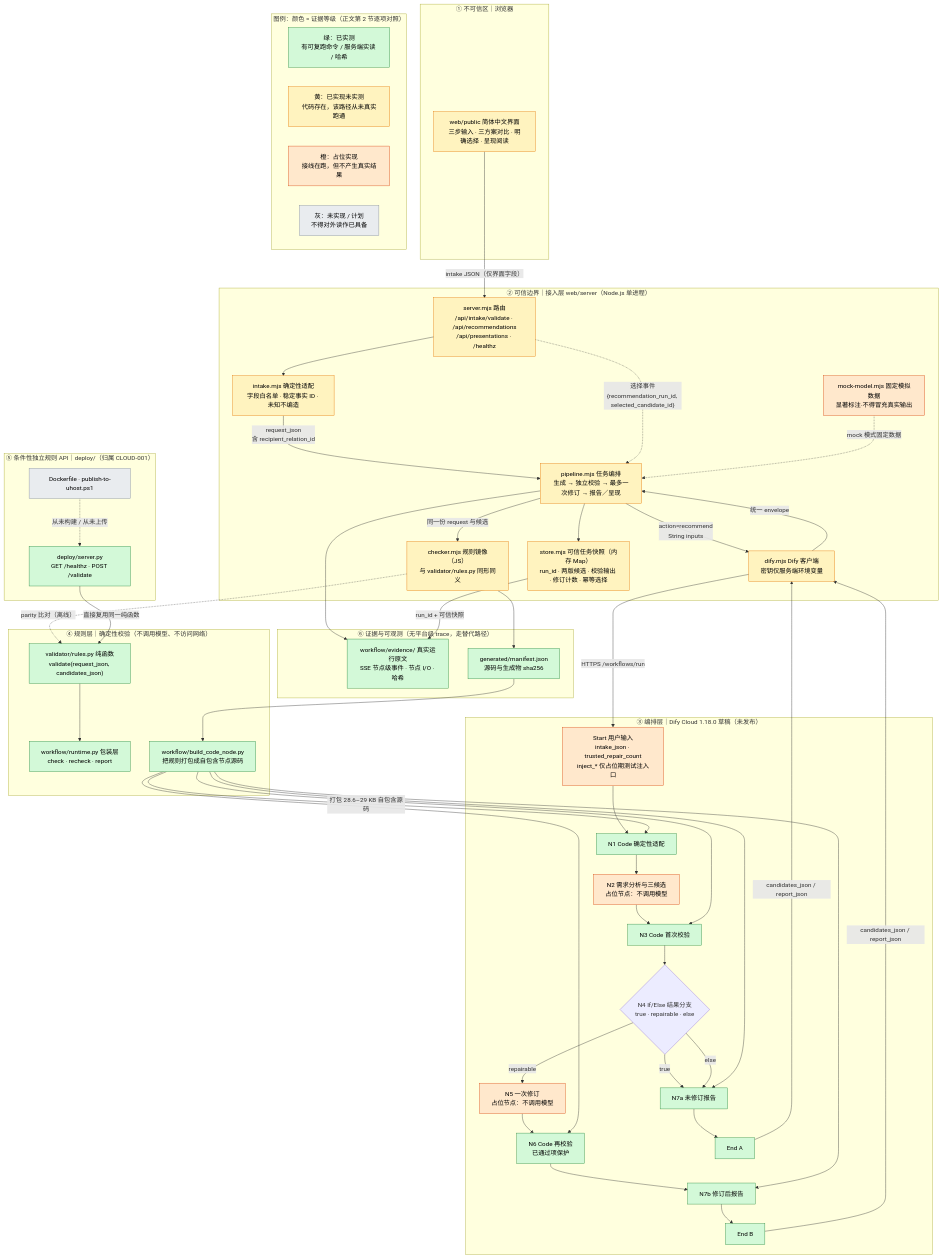
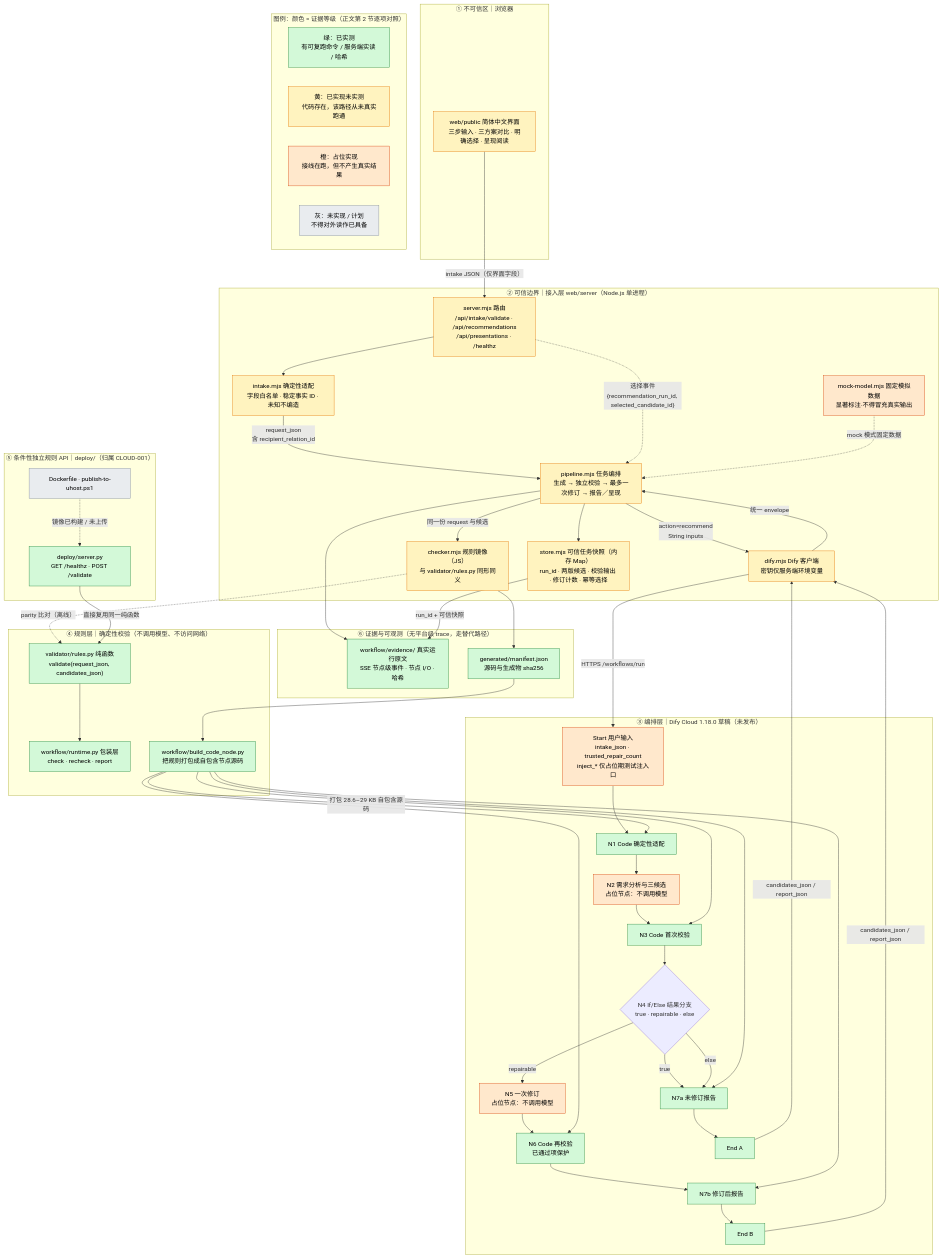
The diagram in docs/architecture/diagrams/system-architecture.mmd (sunnyyang0822-stack/GiftWise-AI), drawn with Mermaid before and after one commit. The commit also changed 30 other files, not shown here.

```diff
--- a/docs/architecture/diagrams/system-architecture.mmd
+++ b/docs/architecture/diagrams/system-architecture.mmd
@@ -1,103 +1,104 @@
 %% GiftWise AI · 主系统架构图（ARCH-001，阶段 3）
 %% 图源文件：单一事实源。docs/architecture.md 内嵌同一份内容供 GitHub 直接渲染。
 %% 本地渲染：mmdc -i system-architecture.mmd -o ../rendered/system-architecture.svg
 %% 图例（颜色即证据等级，正文第 2 节有逐项对照）：
 %%   绿 = 已实测（有可复跑命令 / 服务端实读 / 哈希）
 %%   黄 = 已实现未实测（代码存在，该路径从未真实跑通）
 %%   橙 = 占位实现（接线在跑，但不产生真实结果）
 %%   灰 = 未实现 / 计划
+%%   约定：节点同时含多个证据等级时，取【较弱】等级着色，并在标签/边标签内分别注明。
 flowchart TB
     subgraph Z1["① 不可信区｜浏览器"]
         UI["web/public 简体中文界面<br/>三步输入 · 三方案对比 · 明确选择 · 呈现阅读"]
     end
 
     subgraph Z2["② 可信边界｜接入层 web/server（Node.js 单进程）"]
         ROUTE["server.mjs 路由<br/>/api/intake/validate · /api/recommendations<br/>/api/presentations · /healthz"]
         ADAPTER["intake.mjs 确定性适配<br/>字段白名单 · 稳定事实 ID · 未知不编造"]
         PIPE["pipeline.mjs 任务编排<br/>生成 → 独立校验 → 最多一次修订 → 报告／呈现"]
         STORE["store.mjs 可信任务快照（内存 Map）<br/>run_id · 两版候选 · 校验输出 · 修订计数 · 幂等选择"]
         JCHK["checker.mjs 规则镜像（JS）<br/>与 validator/rules.py 同形同义"]
         DCLIENT["dify.mjs Dify 客户端<br/>密钥仅服务端环境变量"]
         MOCK["mock-model.mjs 固定模拟数据<br/>显著标注·不得冒充真实输出"]
     end
 
     subgraph Z3["③ 编排层｜Dify Cloud 1.18.0 草稿（未发布）"]
         START["Start 用户输入<br/>intake_json · trusted_repair_count<br/>inject_* 仅占位期测试注入口"]
         N1["N1 Code 确定性适配"]
         N2["N2 需求分析与三候选<br/>占位节点：不调用模型"]
         N3["N3 Code 首次校验"]
         N4{"N4 If/Else 结果分支<br/>true · repairable · else"}
         N5["N5 一次修订<br/>占位节点：不调用模型"]
         N6["N6 Code 再校验<br/>已通过项保护"]
         N7A["N7a 未修订报告"]
         N7B["N7b 修订后报告"]
         EA["End A"]
         EB["End B"]
     end
 
     subgraph Z4["④ 规则层｜确定性校验（不调用模型、不访问网络）"]
         RULES["validator/rules.py 纯函数<br/>validate(request_json, candidates_json)"]
         RUNTIME["workflow/runtime.py 包装层<br/>check · recheck · report"]
         BUILD["workflow/build_code_node.py<br/>把规则打包成自包含节点源码"]
     end
 
     subgraph Z5["⑤ 条件性独立规则 API｜deploy/（归属 CLOUD-001）"]
         SRV["deploy/server.py<br/>GET /healthz · POST /validate"]
         DOCKER["Dockerfile · publish-to-uhost.ps1"]
     end
 
     subgraph Z6["⑥ 证据与可观测（无平台级 trace，走替代路径）"]
         EVID["workflow/evidence/ 真实运行原文<br/>SSE 节点级事件 · 节点 I/O · 哈希"]
         HASH["generated/manifest.json<br/>源码与生成物 sha256"]
     end
 
     subgraph Z7["图例：颜色 = 证据等级（正文第 2 节逐项对照）"]
         L_MEASURED["绿：已实测<br/>有可复跑命令 / 服务端实读 / 哈希"]
         L_UNVERIFIED["黄：已实现未实测<br/>代码存在，该路径从未真实跑通"]
         L_PLACEHOLDER["橙：占位实现<br/>接线在跑，但不产生真实结果"]
         L_PLANNED["灰：未实现 / 计划<br/>不得对外读作已具备"]
     end
 
     UI -->|"intake JSON（仅界面字段）"| ROUTE
     ROUTE --> ADAPTER
     ADAPTER -->|"request_json<br/>含 recipient_relation_id"| PIPE
     PIPE --> STORE
     PIPE -->|"action=recommend<br/>String inputs"| DCLIENT
     DCLIENT -->|"HTTPS /workflows/run"| START
     START --> N1 --> N2 --> N3 --> N4
     N4 -->|"true"| N7A --> EA
     N4 -->|"repairable"| N5 --> N6 --> N7B --> EB
     N4 -->|"else"| N7A
     EA -->|"candidates_json / report_json"| DCLIENT
     EB -->|"candidates_json / report_json"| DCLIENT
     DCLIENT -->|"统一 envelope"| PIPE
     PIPE -->|"同一份 request 与候选"| JCHK
     JCHK -.->|"parity 比对（离线）"| RULES
     RULES --> RUNTIME
     BUILD -->|"打包 28.6–29 KB 自包含源码"| N1
     BUILD --> N3
     BUILD --> N6
     BUILD --> N7A
     BUILD --> N7B
     HASH --> BUILD
     JCHK --> HASH
     PIPE --> EVID
     STORE -->|"run_id + 可信快照"| EVID
     ROUTE -.->|"选择事件<br/>{recommendation_run_id, selected_candidate_id}"| PIPE
     MOCK -.->|"mock 模式固定数据"| PIPE
     SRV -->|"直接复用同一纯函数"| RULES
-    DOCKER -.->|"从未构建 / 从未上传"| SRV
+    DOCKER -.->|"镜像已构建 / 未上传"| SRV
 
     classDef measured fill:#d3f9d8,stroke:#2b8a3e,color:#000
     classDef unverified fill:#fff3bf,stroke:#e67700,color:#000
     classDef placeholder fill:#ffe8cc,stroke:#d9480f,color:#000
     classDef planned fill:#e9ecef,stroke:#868e96,color:#000
 
     class RULES,RUNTIME,BUILD,N1,N3,N6,N7A,N7B,EA,EB,HASH,EVID,SRV measured
     class ROUTE,ADAPTER,PIPE,STORE,JCHK,DCLIENT,UI unverified
     class START,N2,N5,MOCK placeholder
     class DOCKER planned
     class L_MEASURED measured
     class L_UNVERIFIED unverified
     class L_PLACEHOLDER placeholder
     class L_PLANNED planned
```
